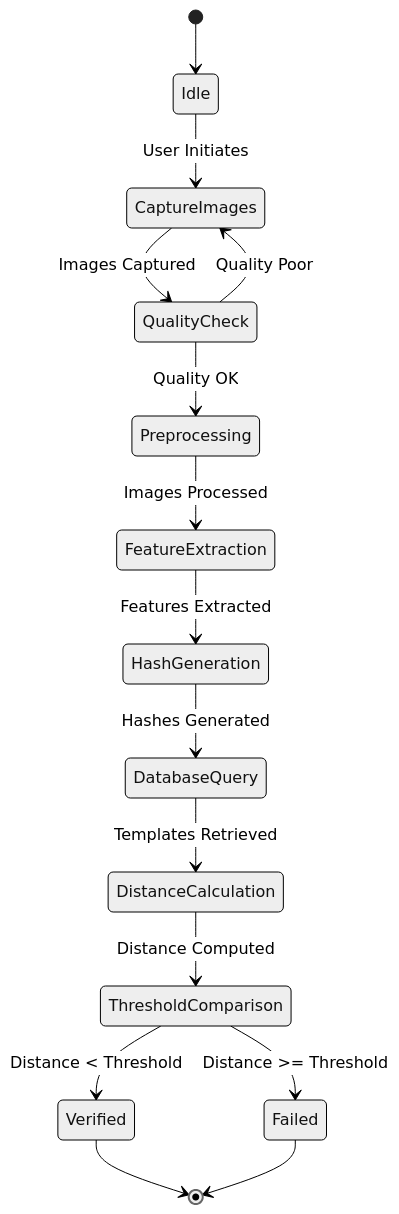
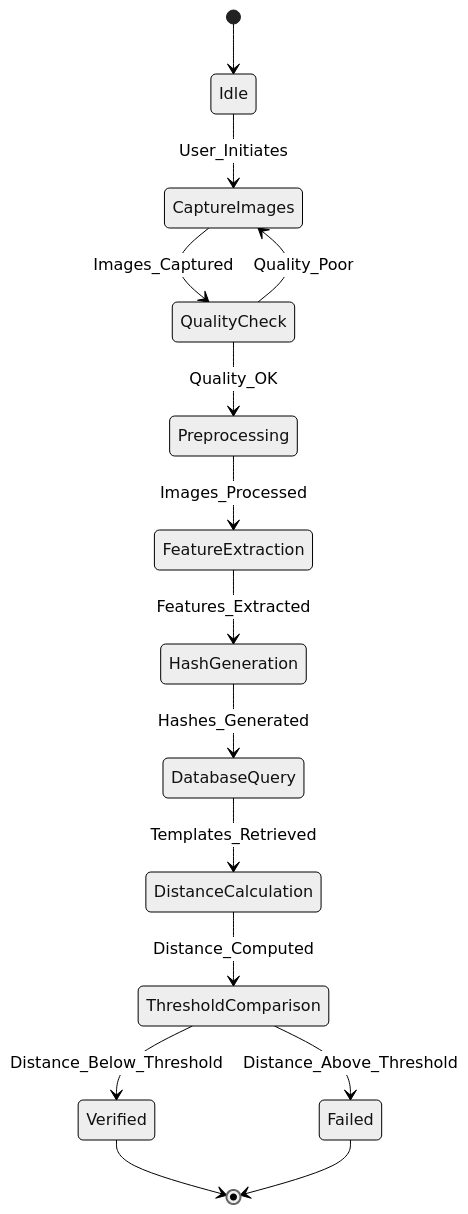
One commit to BTech20/biometric-auth-system changed the tenth of 14 diagrams in ARCHITECTURE.md. Above: the diagram before and after it, drawn with Mermaid (neutral theme). The commit also changed other lines of this file, not shown here.

First line of the commit message:
Fix Mermaid diagram rendering issues for GitHub

````diff
--- a/ARCHITECTURE.md
+++ b/ARCHITECTURE.md
@@ -335,17 +361,17 @@
 ```mermaid
 stateDiagram-v2
     [*] --> Idle
-    Idle --> CaptureImages: User Initiates
-    CaptureImages --> QualityCheck: Images Captured
-    QualityCheck --> Preprocessing: Quality OK
-    QualityCheck --> CaptureImages: Quality Poor
-    Preprocessing --> FeatureExtraction: Images Processed
-    FeatureExtraction --> HashGeneration: Features Extracted
-    HashGeneration --> DatabaseQuery: Hashes Generated
-    DatabaseQuery --> DistanceCalculation: Templates Retrieved
-    DistanceCalculation --> ThresholdComparison: Distance Computed
-    ThresholdComparison --> Verified: Distance < Threshold
-    ThresholdComparison --> Failed: Distance >= Threshold
+    Idle --> CaptureImages : User_Initiates
+    CaptureImages --> QualityCheck : Images_Captured
+    QualityCheck --> Preprocessing : Quality_OK
+    QualityCheck --> CaptureImages : Quality_Poor
+    Preprocessing --> FeatureExtraction : Images_Processed
+    FeatureExtraction --> HashGeneration : Features_Extracted
+    HashGeneration --> DatabaseQuery : Hashes_Generated
+    DatabaseQuery --> DistanceCalculation : Templates_Retrieved
+    DistanceCalculation --> ThresholdComparison : Distance_Computed
+    ThresholdComparison --> Verified : Distance_Below_Threshold
+    ThresholdComparison --> Failed : Distance_Above_Threshold
     Verified --> [*]
     Failed --> [*]
 ```
````
